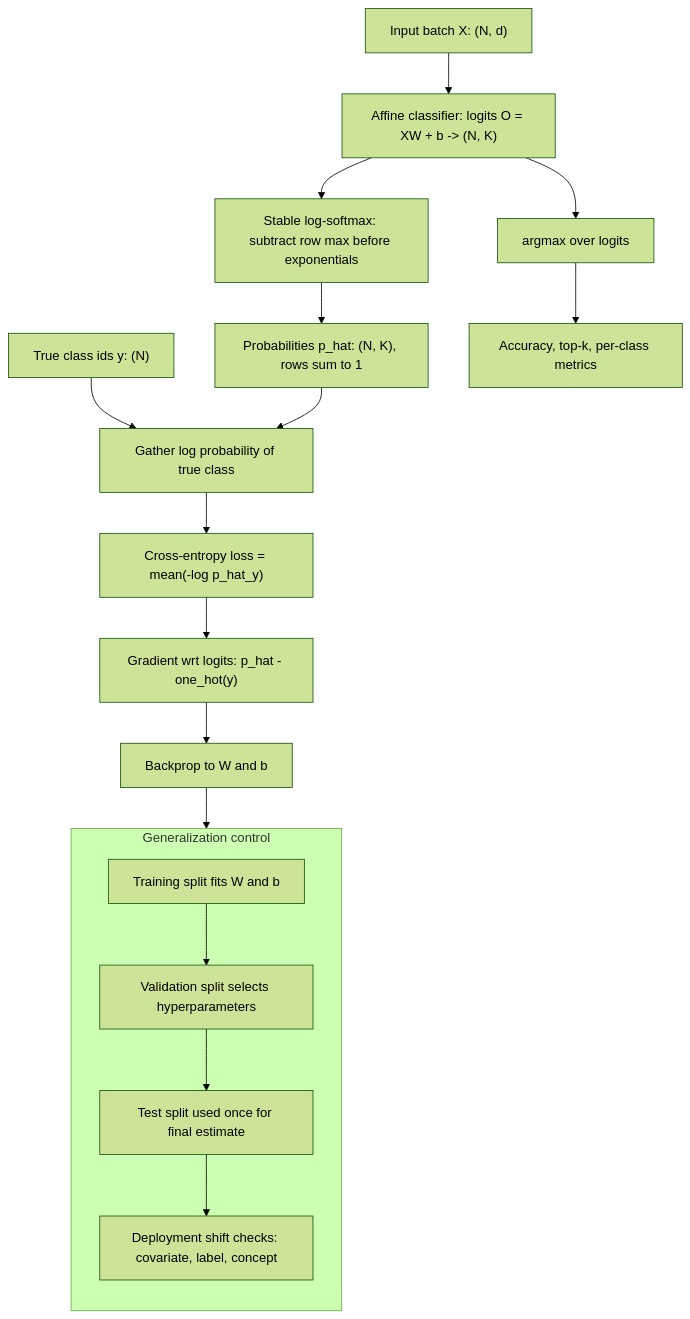
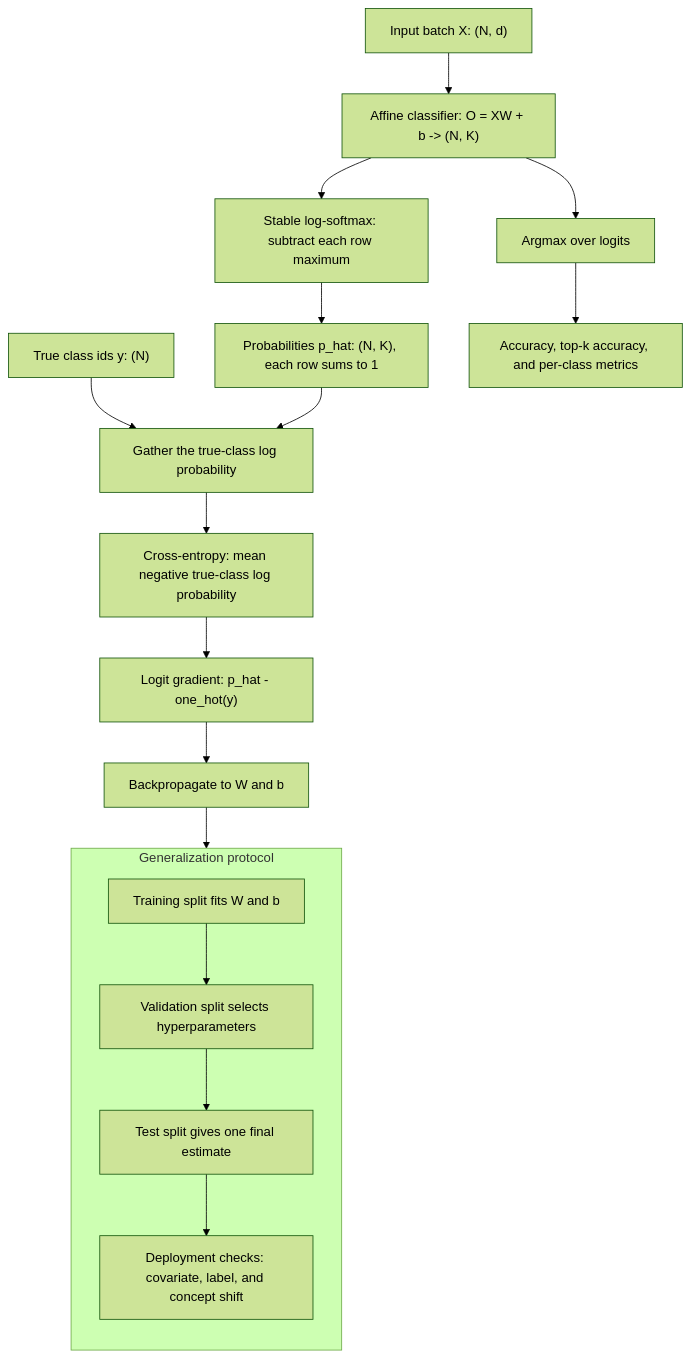
The diagram in docs/cs/deep-learning/softmax-classification-generalization.md (justinbrianhwang/SJ-wiki), drawn with Mermaid (forest theme) before and after one commit. The commit also changed other lines of this file and 955 other files, not shown here.

````diff
--- a/docs/cs/deep-learning/softmax-classification-generalization.md
+++ b/docs/cs/deep-learning/softmax-classification-generalization.md
@@ -86,26 +190,26 @@
 ```mermaid
 flowchart TB
-  X["Input batch X: (N, d)"] --> Affine["Affine classifier: logits O = XW + b -> (N, K)"]
-  Affine --> Stable["Stable log-softmax: subtract row max before exponentials"]
-  Stable --> Prob["Probabilities p_hat: (N, K), rows sum to 1"]
-  Y["True class ids y: (N)"] --> Gather["Gather log probability of true class"]
+  X["Input batch X: (N, d)"] --> Affine["Affine classifier: O = XW + b -> (N, K)"]
+  Affine --> Stable["Stable log-softmax: subtract each row maximum"]
+  Stable --> Prob["Probabilities p_hat: (N, K), each row sums to 1"]
+  Y["True class ids y: (N)"] --> Gather["Gather the true-class log probability"]
   Prob --> Gather
-  Gather --> CE["Cross-entropy loss = mean(-log p_hat_y)"]
-  Affine --> Argmax["argmax over logits"]
-  Argmax --> Acc["Accuracy, top-k, per-class metrics"]
-  CE --> Grad["Gradient wrt logits: p_hat - one_hot(y)"]
-  Grad --> Update["Backprop to W and b"]
+  Gather --> CE["Cross-entropy: mean negative true-class log probability"]
+  Affine --> Argmax["Argmax over logits"]
+  Argmax --> Acc["Accuracy, top-k accuracy, and per-class metrics"]
+  CE --> Grad["Logit gradient: p_hat - one_hot(y)"]
+  Grad --> Update["Backpropagate to W and b"]
 
-  subgraph Generalization["Generalization control"]
+  subgraph Generalization["Generalization protocol"]
     direction TB
     Train["Training split fits W and b"]
     Val["Validation split selects hyperparameters"]
-    Test["Test split used once for final estimate"]
-    Shift["Deployment shift checks: covariate, label, concept"]
+    Test["Test split gives one final estimate"]
+    Shift["Deployment checks: covariate, label, and concept shift"]
   end
 
   Update --> Train
   Train --> Val
   Val --> Test
   Test --> Shift
 ```
````
